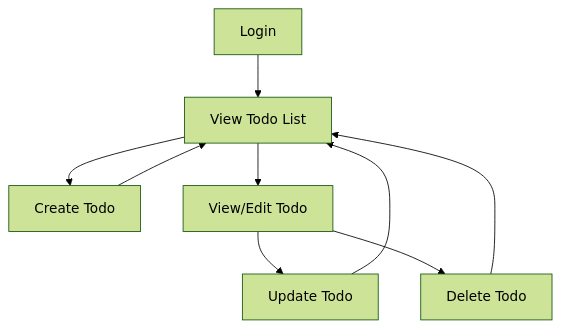
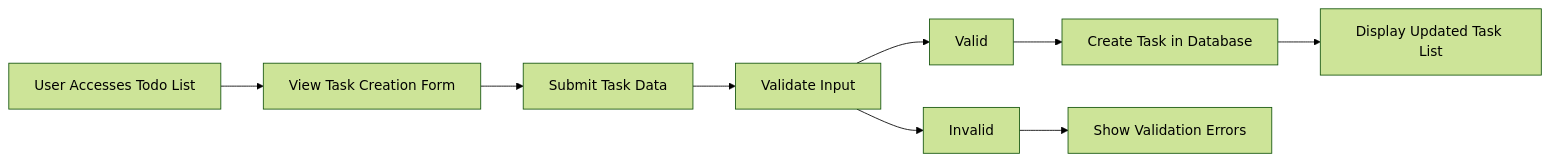
The first of 4 diagrams in qwen/qwen3-coder-exacto/todo/docs/analysis/00-toc.md (wrtnlabs/autobe-examples), drawn with Mermaid (forest theme) before and after one commit. The commit also changed other lines of this file and 7173 other files, not shown here.

````diff
--- a/qwen/qwen3-coder-exacto/todo/docs/analysis/00-toc.md
+++ b/qwen/qwen3-coder-exacto/todo/docs/analysis/00-toc.md
@@ -83,11 +83,11 @@
 ```mermaid
-flowchart TD
-    L["Login"] --> H["View Todo List"]
-    H --> C["Create Todo"]
-    H --> V["View/Edit Todo"]
-    V --> U["Update Todo"]
-    V --> D["Delete Todo"]
-    C --> H
-    U --> H
-    D --> H
+graph LR
+  A["User Accesses Todo List"] --> B["View Task Creation Form"]
+  B --> C["Submit Task Data"]
+  C --> D["Validate Input"]
+  D --> E["Valid"]
+  D --> F["Invalid"]
+  E --> G["Create Task in Database"]
+  G --> H["Display Updated Task List"]
+  F --> I["Show Validation Errors"]
 ```
````
